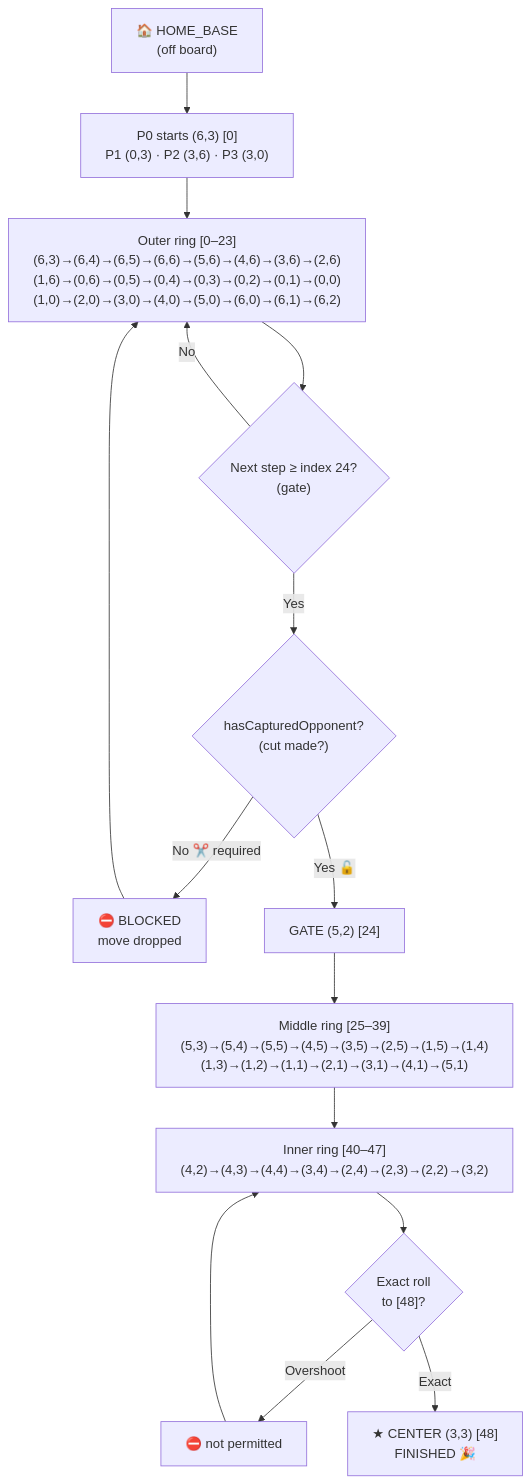
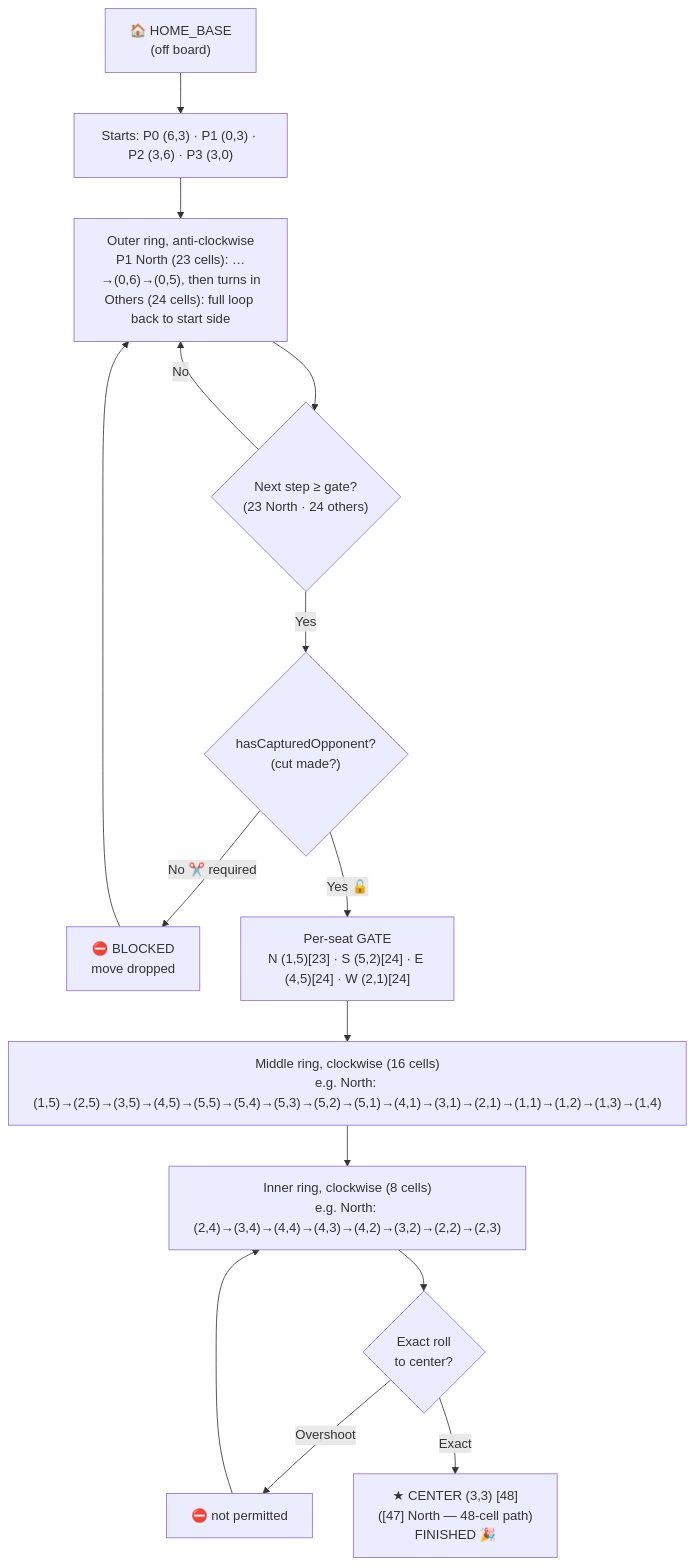
The second of 2 diagrams in CHOWKA_BARA_RULES_DOCUMENTATION.md (ravi-sandesh/cb), drawn with Mermaid before and after one commit. The commit also changed other lines of this file and 26 other files, not shown here.

First line of the commit message:
feat(rules): per-seat inner tracks, tollu/toughened Gatti, blockade, capture-one

````diff
--- a/CHOWKA_BARA_RULES_DOCUMENTATION.md
+++ b/CHOWKA_BARA_RULES_DOCUMENTATION.md
@@ -212,17 +222,17 @@
 ```mermaid
 flowchart TD
-    A["🏠 HOME_BASE<br/>(off board)"] --> B["P0 starts (6,3) [0]<br/>P1 (0,3) · P2 (3,6) · P3 (3,0)"]
-    B --> C["Outer ring [0–23]<br/>(6,3)→(6,4)→(6,5)→(6,6)→(5,6)→(4,6)→(3,6)→(2,6)<br/>(1,6)→(0,6)→(0,5)→(0,4)→(0,3)→(0,2)→(0,1)→(0,0)<br/>(1,0)→(2,0)→(3,0)→(4,0)→(5,0)→(6,0)→(6,1)→(6,2)"]
-    C --> D{"Next step ≥ index 24?<br/>(gate)"}
+    A["🏠 HOME_BASE<br/>(off board)"] --> B["Starts: P0 (6,3) · P1 (0,3) · P2 (3,6) · P3 (3,0)"]
+    B --> C["Outer ring, anti-clockwise<br/>P1 North (23 cells): …→(0,6)→(0,5), then turns in<br/>Others (24 cells): full loop back to start side"]
+    C --> D{"Next step ≥ gate?<br/>(23 North · 24 others)"}
     D -- "No" --> C
     D -- "Yes" --> E{"hasCapturedOpponent?<br/>(cut made?)"}
     E -- "No ✂️ required" --> F["⛔ BLOCKED<br/>move dropped"]
     F --> C
-    E -- "Yes 🔓" --> G["GATE (5,2) [24]"]
-    G --> H["Middle ring [25–39]<br/>(5,3)→(5,4)→(5,5)→(4,5)→(3,5)→(2,5)→(1,5)→(1,4)<br/>(1,3)→(1,2)→(1,1)→(2,1)→(3,1)→(4,1)→(5,1)"]
-    H --> J["Inner ring [40–47]<br/>(4,2)→(4,3)→(4,4)→(3,4)→(2,4)→(2,3)→(2,2)→(3,2)"]
-    J --> K{"Exact roll<br/>to [48]?"}
+    E -- "Yes 🔓" --> G["Per-seat GATE<br/>N (1,5)[23] · S (5,2)[24] · E (4,5)[24] · W (2,1)[24]"]
+    G --> H["Middle ring, clockwise (16 cells)<br/>e.g. North: (1,5)→(2,5)→(3,5)→(4,5)→(5,5)→(5,4)→(5,3)→(5,2)→(5,1)→(4,1)→(3,1)→(2,1)→(1,1)→(1,2)→(1,3)→(1,4)"]
+    H --> J["Inner ring, clockwise (8 cells)<br/>e.g. North: (2,4)→(3,4)→(4,4)→(4,3)→(4,2)→(3,2)→(2,2)→(2,3)"]
+    J --> K{"Exact roll<br/>to center?"}
     K -- "Overshoot" --> L["⛔ not permitted"]
     L --> J
-    K -- "Exact" --> M["★ CENTER (3,3) [48]<br/>FINISHED 🎉"]
+    K -- "Exact" --> M["★ CENTER (3,3) [48]<br/>([47] North — 48-cell path)<br/>FINISHED 🎉"]
 ```
````
